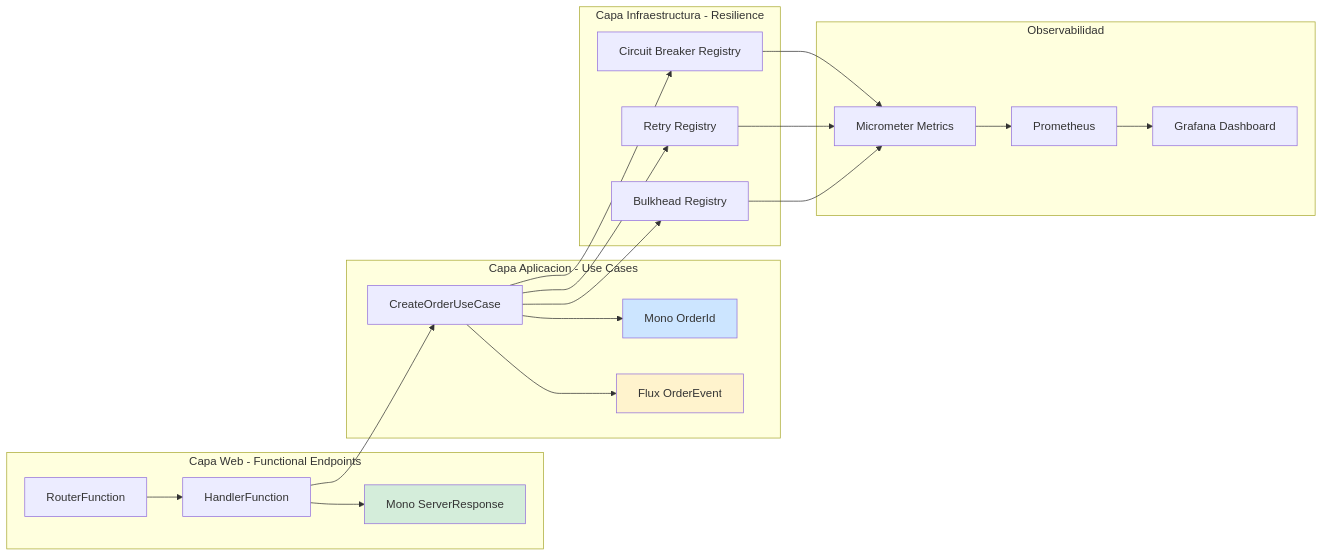
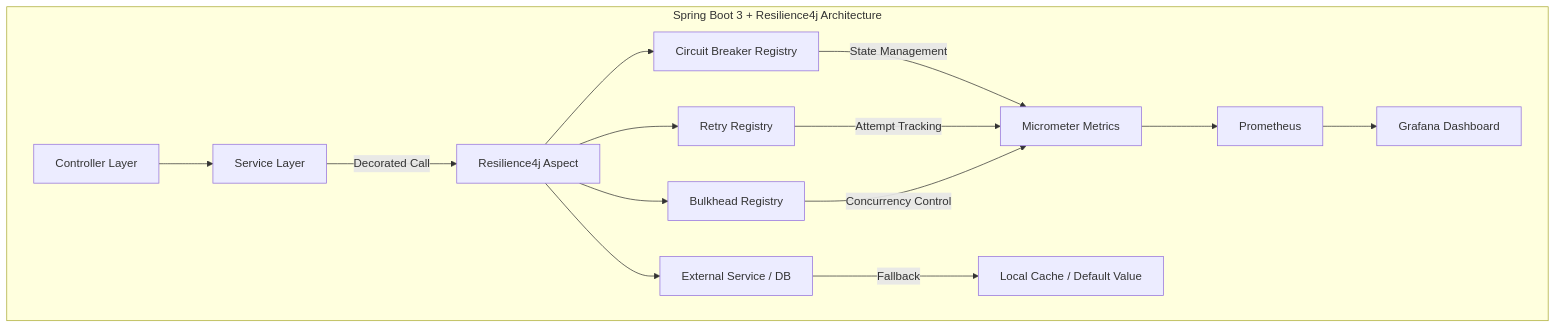
Before and after one commit to Joaquinriosheredia/DAM-Java-Mastery: the second of 5 diagrams in 03_Spring_Ecosystem/resilience4j_circuit_breaker_retry_bulkhead_spring_boot_3_STAFF.md, drawn with Mermaid. The commit also changed other lines of this file, not shown here.

Commit message:
resilience4j_circuit_breaker_retry_bulkhead_spring_boot_3_STAFF.md

````diff
--- a/03_Spring_Ecosystem/resilience4j_circuit_breaker_retry_bulkhead_spring_boot_3_STAFF.md
+++ b/03_Spring_Ecosystem/resilience4j_circuit_breaker_retry_bulkhead_spring_boot_3_STAFF.md
@@ -162,38 +162,21 @@
 ```mermaid
-graph LR
-    subgraph "Capa Web - Functional Endpoints"
-        ROUTER[RouterFunction] --> HANDLER[HandlerFunction]
-        HANDLER --> MONO_RESP[Mono ServerResponse]
+graph TD
+    subgraph "Spring Boot 3 + Resilience4j Architecture"
+        CONT[Controller Layer] --> SVC[Service Layer]
+        SVC -->|Decorated Call| RES[Resilience4j Aspect]
+        
+        RES --> CB[Circuit Breaker Registry]
+        RES --> RET[Retry Registry]
+        RES --> BH[Bulkhead Registry]
+        
+        CB -->|State Management| MET[Micrometer Metrics]
+        RET -->|Attempt Tracking| MET
+        BH -->|Concurrency Control| MET
+        
+        MET --> PROM[Prometheus]
+        PROM --> GRAF[Grafana Dashboard]
+        
+        RES --> EXT[External Service / DB]
+        EXT -->|Fallback| CACHE[Local Cache / Default Value]
     end
-    
-    subgraph "Capa Aplicacion - Use Cases"
-        USECASE[CreateOrderUseCase] --> MONO_ID[Mono OrderId]
-        USECASE --> FLUX_EVENTS[Flux OrderEvent]
-    end
-    
-    subgraph "Capa Infraestructura - Resilience"
-        CB[Circuit Breaker Registry]
-        RET[Retry Registry]
-        BH[Bulkhead Registry]
-    end
-    
-    subgraph "Observabilidad"
-        MET[Micrometer Metrics]
-        PROM[Prometheus]
-        GRAF[Grafana Dashboard]
-    end
-    
-    HANDLER --> USECASE
-    USECASE --> CB
-    USECASE --> RET
-    USECASE --> BH
-    CB --> MET
-    RET --> MET
-    BH --> MET
-    MET --> PROM
-    PROM --> GRAF
-    
-    style MONO_RESP fill:#d4edda
-    style MONO_ID fill:#cce5ff
-    style FLUX_EVENTS fill:#fff3cd
 ```
````
